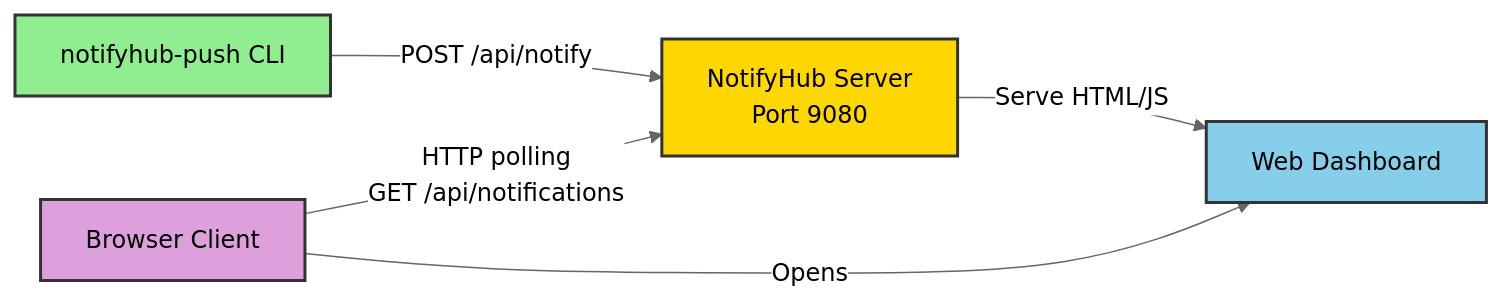
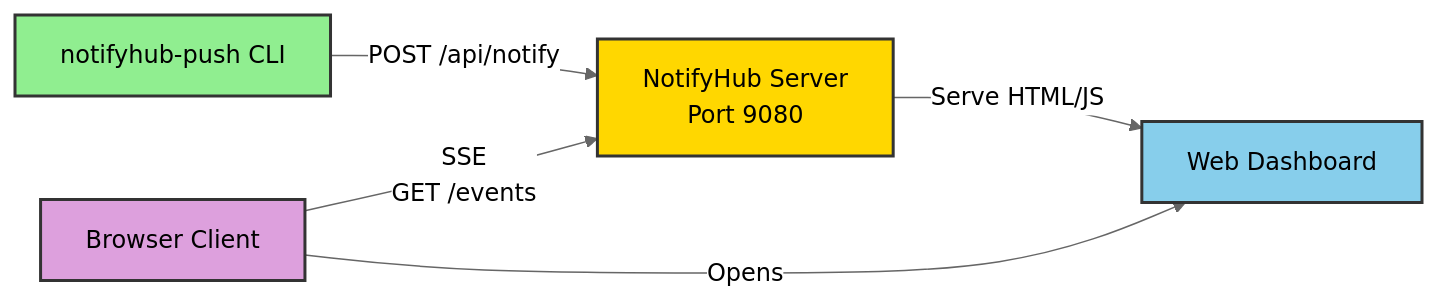
The second of 2 diagrams in README.md (lamnguyenx/NotifyHub), drawn with Mermaid (neutral theme) before and after one commit. The commit also changed other lines of this file and 13 other files, not shown here.

Commit message:
Implement Server-Sent Events for instant notification delivery

````diff
--- a/README.md
+++ b/README.md
@@ -182,17 +198,17 @@
 ```mermaid
 graph LR
   CLI[notifyhub-push CLI]
   Server[NotifyHub Server<br/>Port 9080]
   WebUI[Web Dashboard]
   Browser[Browser Client]
 
   CLI -->|POST /api/notify| Server
-  Browser -->|HTTP polling<br/>GET /api/notifications| Server
+  Browser -->|SSE<br/>GET /events| Server
   Server -->|Serve HTML/JS| WebUI
   Browser -->|Opens| WebUI
 
   style CLI fill:#90EE90,stroke:#333,stroke-width:2px
   style Server fill:#FFD700,stroke:#333,stroke-width:2px
   style WebUI fill:#87CEEB,stroke:#333,stroke-width:2px
   style Browser fill:#DDA0DD,stroke:#333,stroke-width:2px
 ```
````
